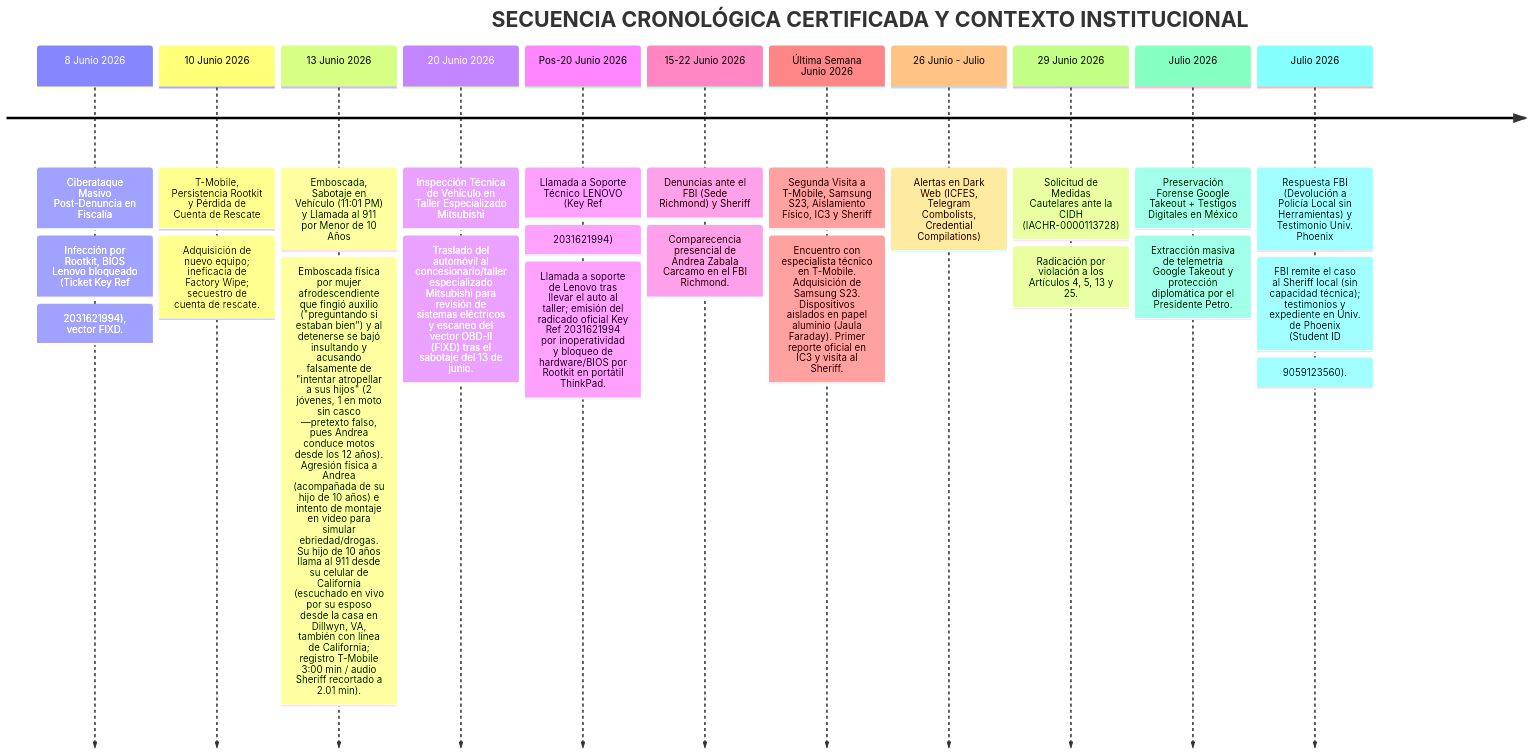
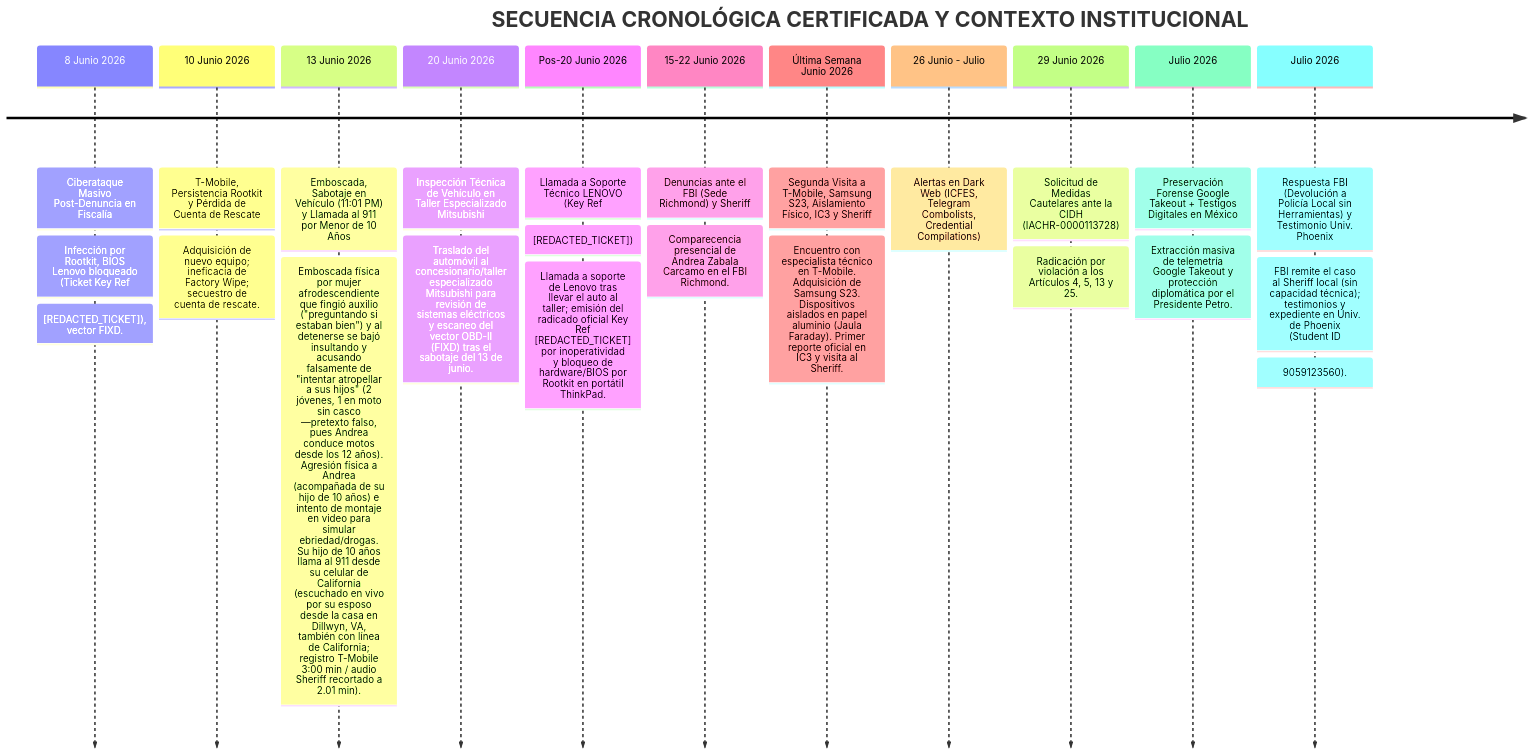
The diagram in 02_ANALISIS/LINEA_DE_TIEMPO_INCIDENTES_Y_ATAQUES.md (anzaca0330-pixel/AndreTaker---AnZaCa-Rep), drawn with Mermaid before and after one commit. The commit also changed other lines of this file and 73 other files, not shown here.

````diff
--- a/02_ANALISIS/LINEA_DE_TIEMPO_INCIDENTES_Y_ATAQUES.md
+++ b/02_ANALISIS/LINEA_DE_TIEMPO_INCIDENTES_Y_ATAQUES.md
@@ -14,25 +14,25 @@
 ```mermaid
 timeline
     title SECUENCIA CRONOLÓGICA CERTIFICADA Y CONTEXTO INSTITUCIONAL
     8 Junio 2026   : Ciberataque Masivo Post-Denuncia en Fiscalía
-                   : Infección por Rootkit, BIOS Lenovo bloqueado (Ticket Key Ref: 2031621994), vector FIXD.
+                   : Infección por Rootkit, BIOS Lenovo bloqueado (Ticket Key Ref: [REDACTED_TICKET]), vector FIXD.
     10 Junio 2026  : T-Mobile, Persistencia Rootkit y Pérdida de Cuenta de Rescate
                    : Adquisición de nuevo equipo; ineficacia de Factory Wipe; secuestro de cuenta de rescate.
     13 Junio 2026  : Emboscada, Sabotaje en Vehículo (11:01 PM) y Llamada al 911 por Menor de 10 Años
                    : Emboscada física por mujer afrodescendiente que fingió auxilio ("preguntando si estaban bien") y al detenerse se bajó insultando y acusando falsamente de "intentar atropellar a sus hijos" (2 jóvenes, 1 en moto sin casco —pretexto falso, pues Andrea conduce motos desde los 12 años). Agresión física a Andrea (acompañada de su hijo de 10 años) e intento de montaje en video para simular ebriedad/drogas. Su hijo de 10 años llama al 911 desde su celular de California (escuchado en vivo por su esposo desde la casa en Dillwyn, VA, también con línea de California; registro T-Mobile 3:00 min / audio Sheriff recortado a 2.01 min).
     20 Junio 2026  : Inspección Técnica de Vehículo en Taller Especializado Mitsubishi
                    : Traslado del automóvil al concesionario/taller especializado Mitsubishi para revisión de sistemas eléctricos y escaneo del vector OBD-II (FIXD) tras el sabotaje del 13 de junio.
-    Pos-20 Junio 2026: Llamada a Soporte Técnico LENOVO (Key Ref: 2031621994)
-                   : Llamada a soporte de Lenovo tras llevar el auto al taller; emisión del radicado oficial Key Ref 2031621994 por inoperatividad y bloqueo de hardware/BIOS por Rootkit en portátil ThinkPad.
+    Pos-20 Junio 2026: Llamada a Soporte Técnico LENOVO (Key Ref: [REDACTED_TICKET])
+                   : Llamada a soporte de Lenovo tras llevar el auto al taller; emisión del radicado oficial Key Ref [REDACTED_TICKET] por inoperatividad y bloqueo de hardware/BIOS por Rootkit en portátil ThinkPad.
     15-22 Junio 2026: Denuncias ante el FBI (Sede Richmond) y Sheriff
                    : Comparecencia presencial de Andrea Zabala Carcamo en el FBI Richmond.
     Última Semana Junio 2026: Segunda Visita a T-Mobile, Samsung S23, Aislamiento Físico, IC3 y Sheriff
                    : Encuentro con especialista técnico en T-Mobile. Adquisición de Samsung S23. Dispositivos aislados en papel aluminio (Jaula Faraday). Primer reporte oficial en IC3 y visita al Sheriff.
     26 Junio - Julio: Alertas en Dark Web (ICFES, Telegram Combolists, Credential Compilations)
     29 Junio 2026  : Solicitud de Medidas Cautelares ante la CIDH (IACHR-0000113728)
                    : Radicación por violación a los Artículos 4, 5, 13 y 25.
     Julio 2026     : Preservación Forense Google Takeout + Testigos Digitales en México
                    : Extracción masiva de telemetría Google Takeout y protección diplomática por el Presidente Petro.
     Julio 2026     : Respuesta FBI (Devolución a Policía Local sin Herramientas) y Testimonio Univ. Phoenix
                    : FBI remite el caso al Sheriff local (sin capacidad técnica); testimonios y expediente en Univ. de Phoenix (Student ID: 9059123560).
 ```
````
